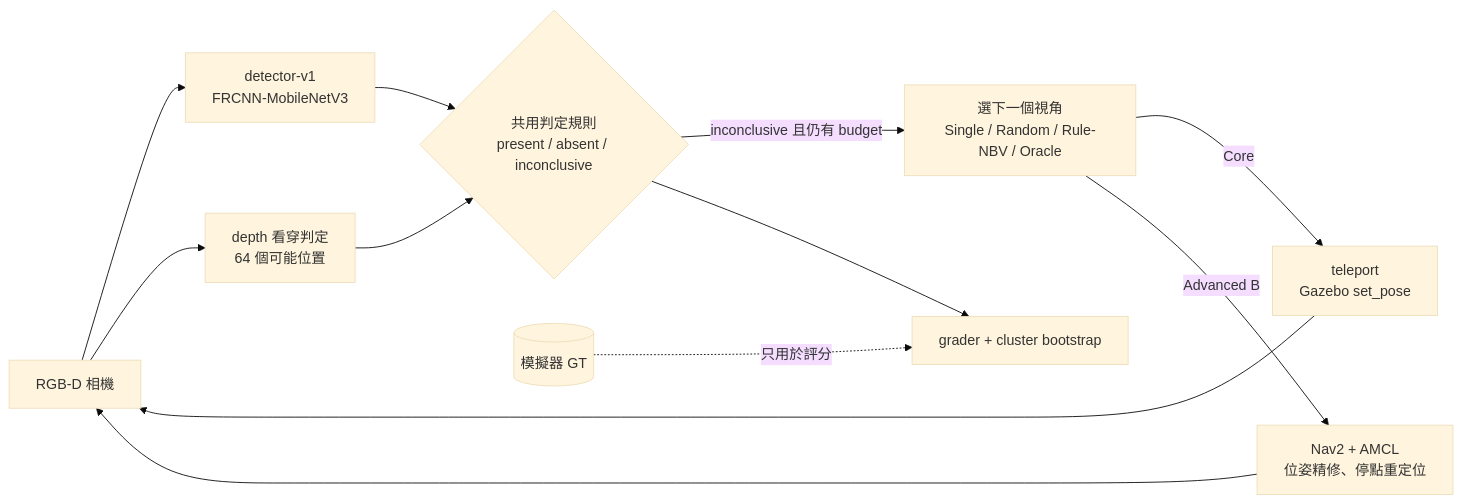
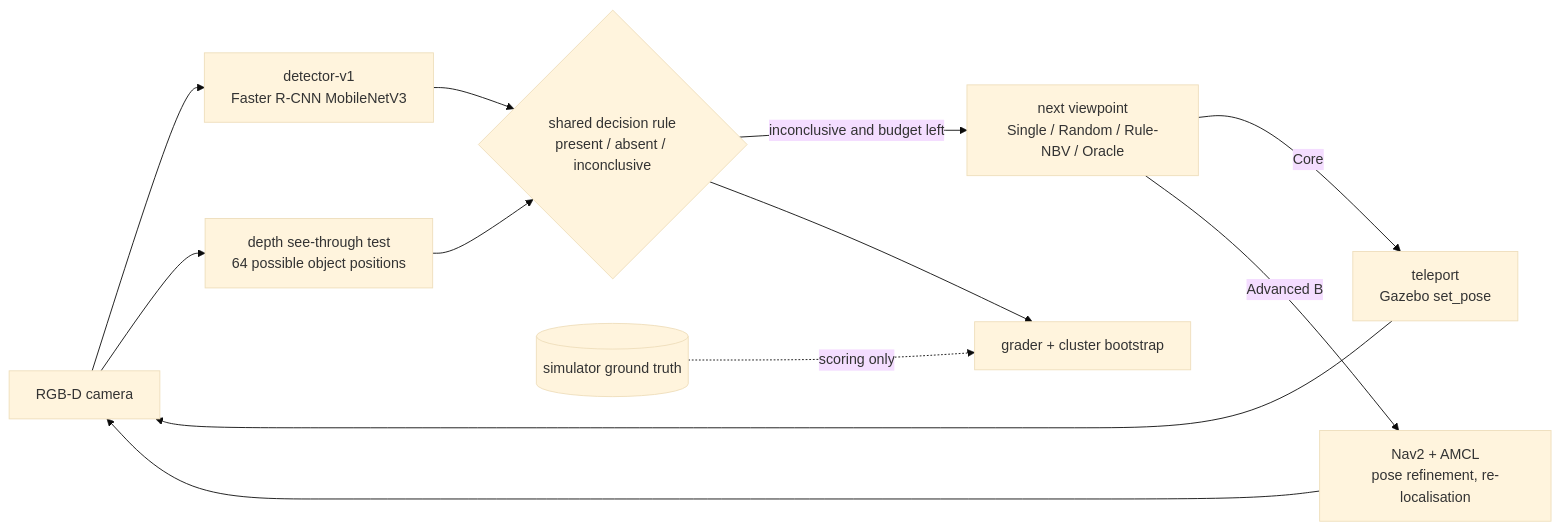
Before and after one commit to jingwenliu0113-afk/inspection-robot-active-perception: the diagram in README.md, drawn with Mermaid (base theme). The commit also changed other lines of this file and 6 other files, not shown here.

````diff
--- a/README.md
+++ b/README.md
@@ -117,14 +77,14 @@
 ```mermaid
 flowchart LR
-  CAM["RGB-D 相機"] --> DET["detector-v1<br/>FRCNN-MobileNetV3"]
-  CAM --> SEE["depth 看穿判定<br/>64 個可能位置"]
-  DET --> DEC{"共用判定規則<br/>present / absent / inconclusive"}
+  CAM["RGB-D camera"] --> DET["detector-v1<br/>Faster R-CNN MobileNetV3"]
+  CAM --> SEE["depth see-through test<br/>64 possible object positions"]
+  DET --> DEC{"shared decision rule<br/>present / absent / inconclusive"}
   SEE --> DEC
-  DEC -->|"inconclusive 且仍有 budget"| NBV["選下一個視角<br/>Single / Random / Rule-NBV / Oracle"]
+  DEC -->|"inconclusive and budget left"| NBV["next viewpoint<br/>Single / Random / Rule-NBV / Oracle"]
   NBV -->|Core| TP["teleport<br/>Gazebo set_pose"]
-  NBV -->|Advanced B| NAV["Nav2 + AMCL<br/>位姿精修、停點重定位"]
+  NBV -->|Advanced B| NAV["Nav2 + AMCL<br/>pose refinement, re-localisation"]
   TP --> CAM
   NAV --> CAM
-  GT[("模擬器 GT")] -.->|只用於評分| EVAL["grader + cluster bootstrap"]
+  GT[("simulator ground truth")] -.->|scoring only| EVAL["grader + cluster bootstrap"]
   DEC --> EVAL
 ```
````
